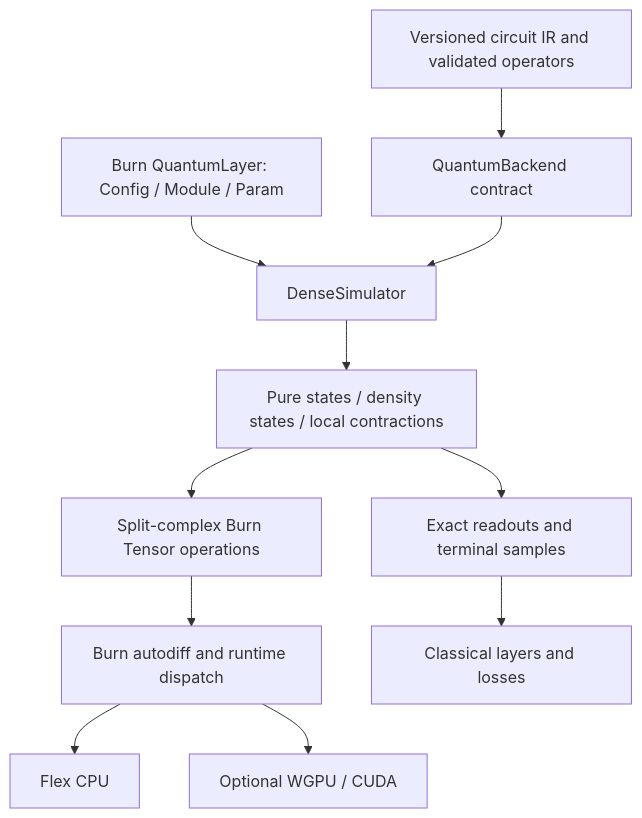
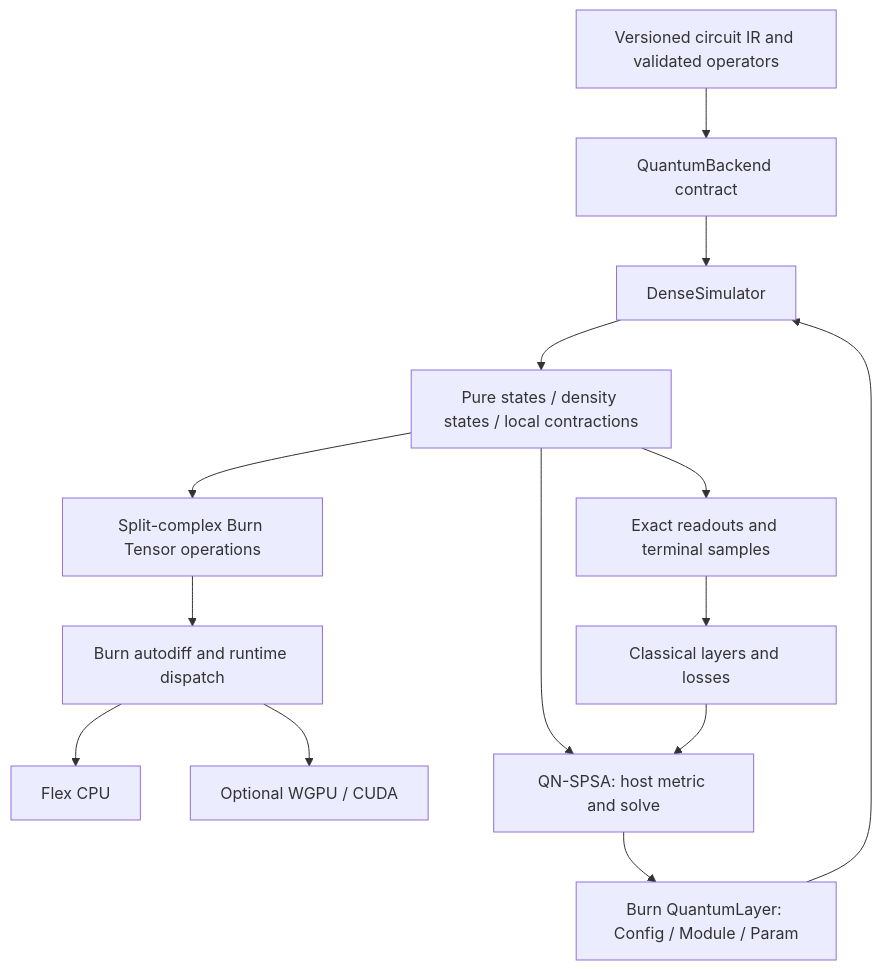
The diagram in docs/architecture.md (mosure/burn_quantum), drawn with Mermaid before and after one commit. The commit also changed other lines of this file and 52 other files, not shown here.

````diff
--- a/docs/architecture.md
+++ b/docs/architecture.md
@@ -29,13 +39,16 @@
 ```mermaid
 flowchart TD
   C[Versioned circuit IR and validated operators] --> Q[QuantumBackend contract]
   M[Burn QuantumLayer: Config / Module / Param] --> D[DenseSimulator]
   Q --> D
   D --> S[Pure states / density states / local contractions]
   S --> T[Split-complex Burn Tensor operations]
   T --> A[Burn autodiff and runtime dispatch]
   A --> F[Flex CPU]
   A --> G[Optional WGPU / CUDA]
   S --> R[Exact readouts and terminal samples]
   R --> L[Classical layers and losses]
+  O[QN-SPSA: host metric and solve] --> M
+  S --> O
+  L --> O
 ```
````
